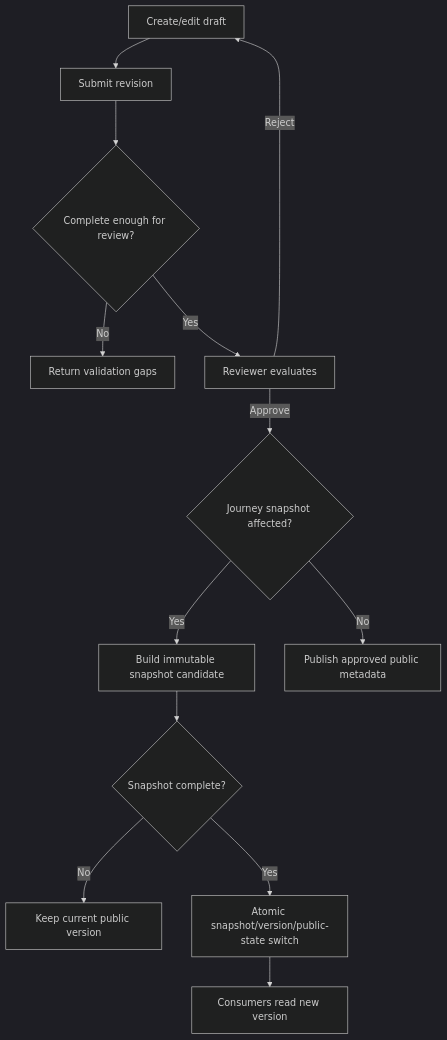
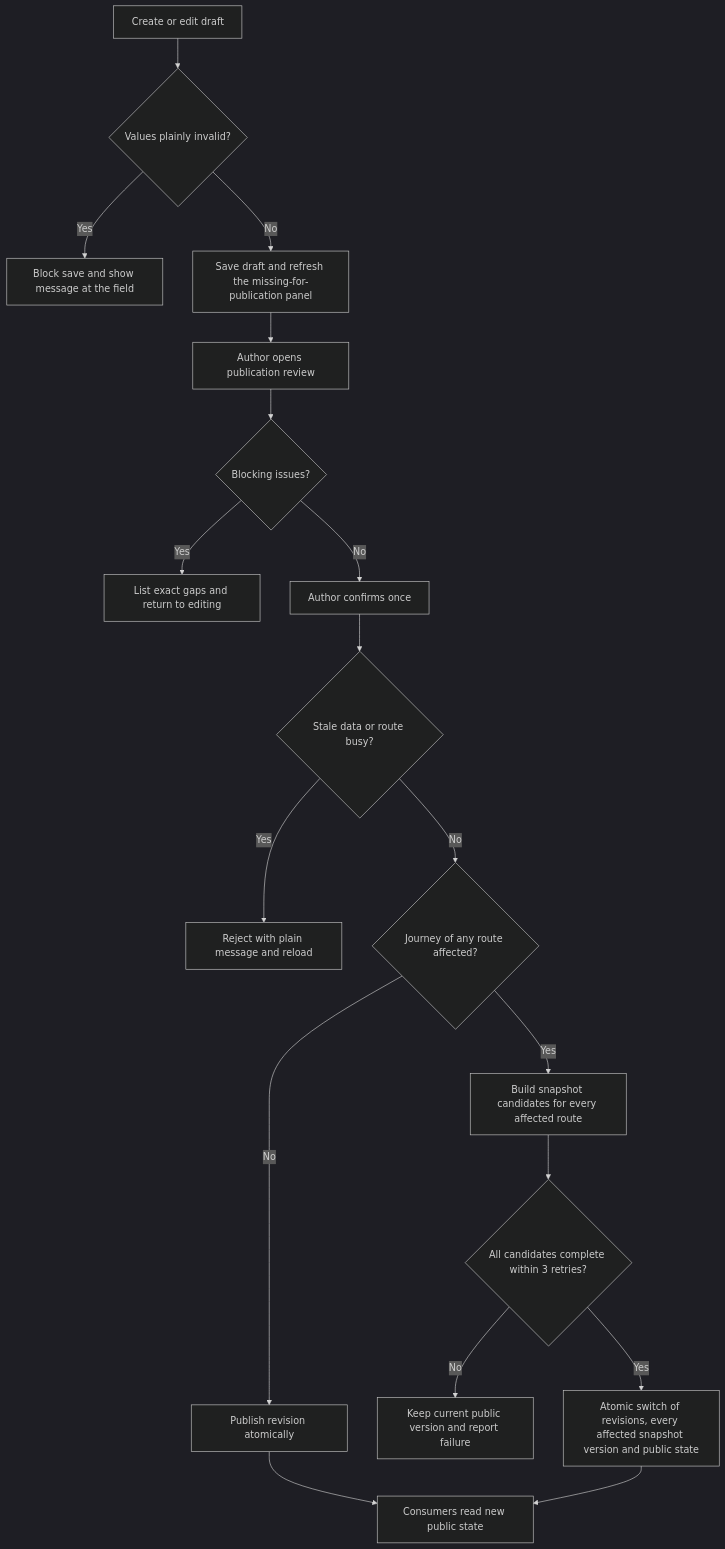
Before and after one commit to MckhueVanPhuc/Refactor-Cuc-Phuong: the first of 8 diagrams in docs/spec/spec-M03.md, drawn with Mermaid (dark theme). The commit also changed other lines of this file and 2 other files, not shown here.

````diff
--- a/docs/spec/spec-M03.md
+++ b/docs/spec/spec-M03.md
@@ -122,15 +190,20 @@
 ```mermaid
 flowchart TD
-    A[Create/edit draft] --> B[Submit revision]
-    B --> C{Complete enough for review?}
-    C -->|No| D[Return validation gaps]
-    C -->|Yes| E[Reviewer evaluates]
-    E -->|Reject| A
-    E -->|Approve| F{Journey snapshot affected?}
-    F -->|Yes| G[Build immutable snapshot candidate]
-    F -->|No| H[Publish approved public metadata]
-    G --> I{Snapshot complete?}
-    I -->|No| J[Keep current public version]
-    I -->|Yes| K[Atomic snapshot/version/public-state switch]
-    K --> L[Consumers read new version]
+    A[Create or edit draft] --> B{Values plainly invalid?}
+    B -->|Yes| C[Block save and show message at the field]
+    B -->|No| D[Save draft and refresh the missing-for-publication panel]
+    D --> E[Author opens publication review]
+    E --> F{Blocking issues?}
+    F -->|Yes| G[List exact gaps and return to editing]
+    F -->|No| H[Author confirms once]
+    H --> I{Stale data or route busy?}
+    I -->|Yes| J[Reject with plain message and reload]
+    I -->|No| K{Journey of any route affected?}
+    K -->|No| L[Publish revision atomically]
+    K -->|Yes| M[Build snapshot candidates for every affected route]
+    M --> N{All candidates complete within 3 retries?}
+    N -->|No| O[Keep current public version and report failure]
+    N -->|Yes| P[Atomic switch of revisions, every affected snapshot version and public state]
+    L --> Q[Consumers read new public state]
+    P --> Q
 ```
````
